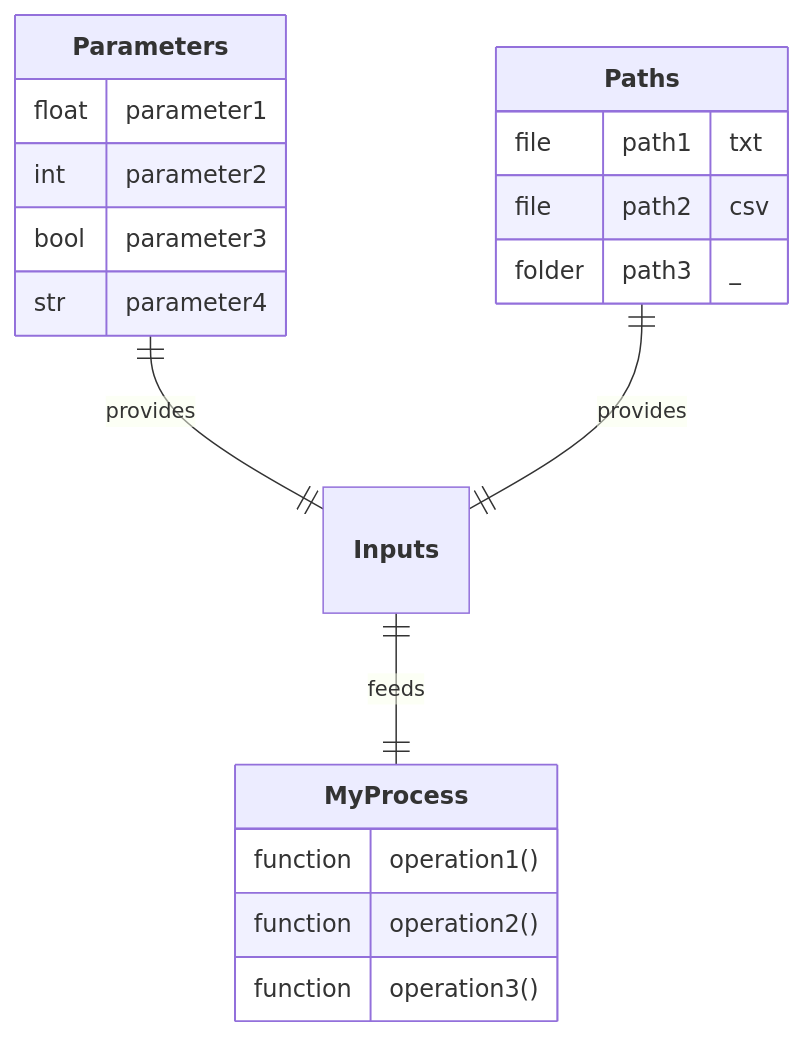
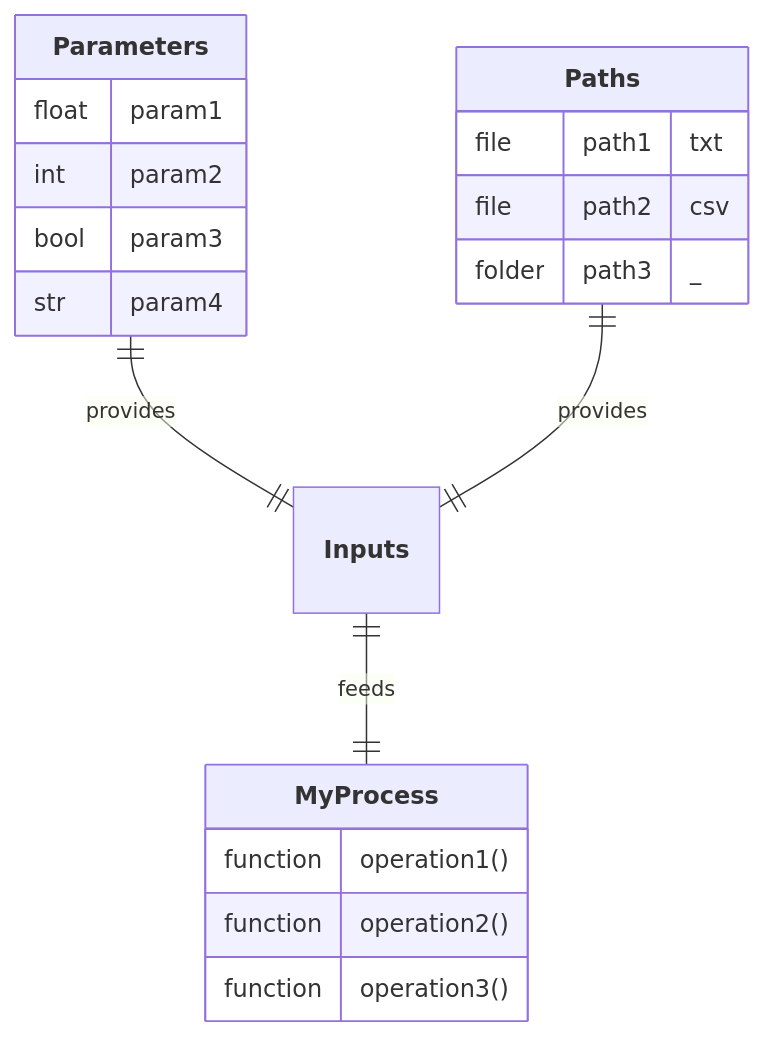
One commit to nuremics/nuremics changed the second of 9 diagrams in README.md. Above: the diagram before and after it, drawn with Mermaid. The commit also changed other lines of this file, not shown here.

````diff
--- a/README.md
+++ b/README.md
@@ -101,23 +101,23 @@
 ```mermaid
 erDiagram
   **Parameters** ||--|| **Inputs** : provides
   **Paths** ||--|| **Inputs** : provides
   **Inputs** ||--|| **MyProcess** : feeds
 
   **Parameters** {
-    float parameter1
-    int parameter2
-    bool parameter3
-    str parameter4
+    float param1
+    int param2
+    bool param3
+    str param4
   }
   **Paths** {
     file path1 "txt"
     file path2 "csv"
     folder path3 "_"
   }
   **MyProcess** {
     function operation1()
     function operation2()
     function operation3()
   }
 ```
````
